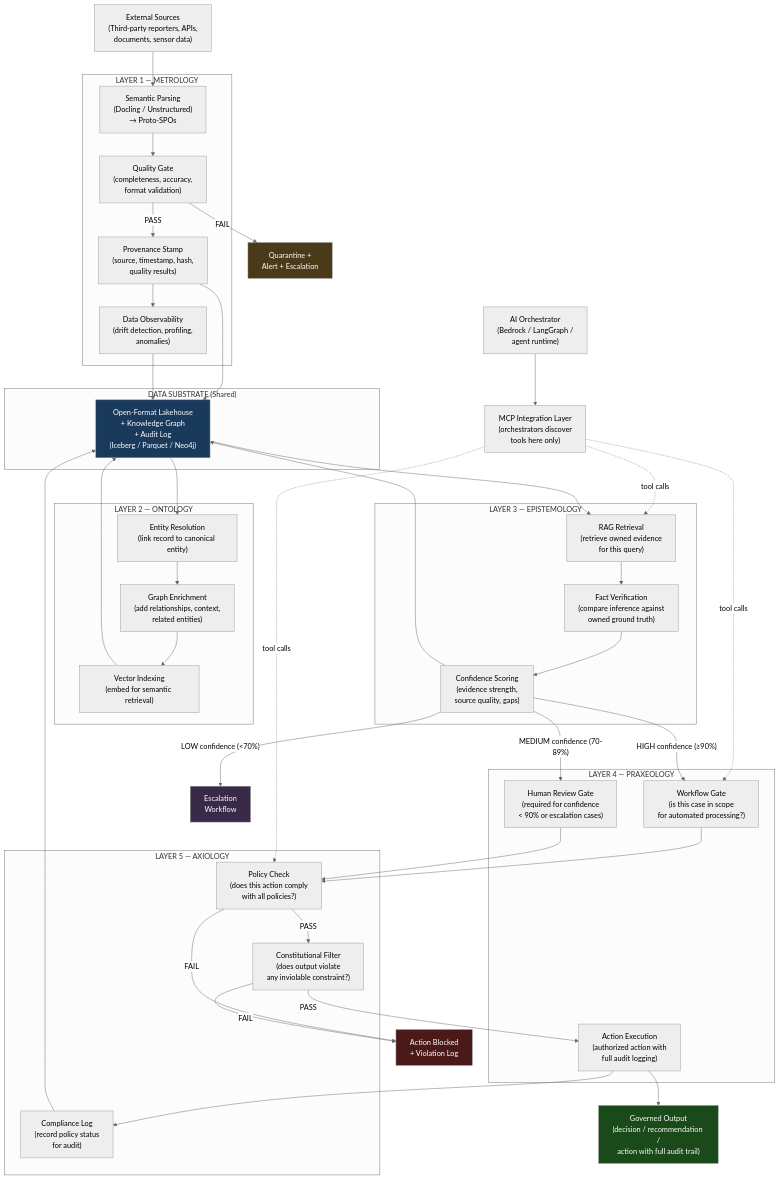
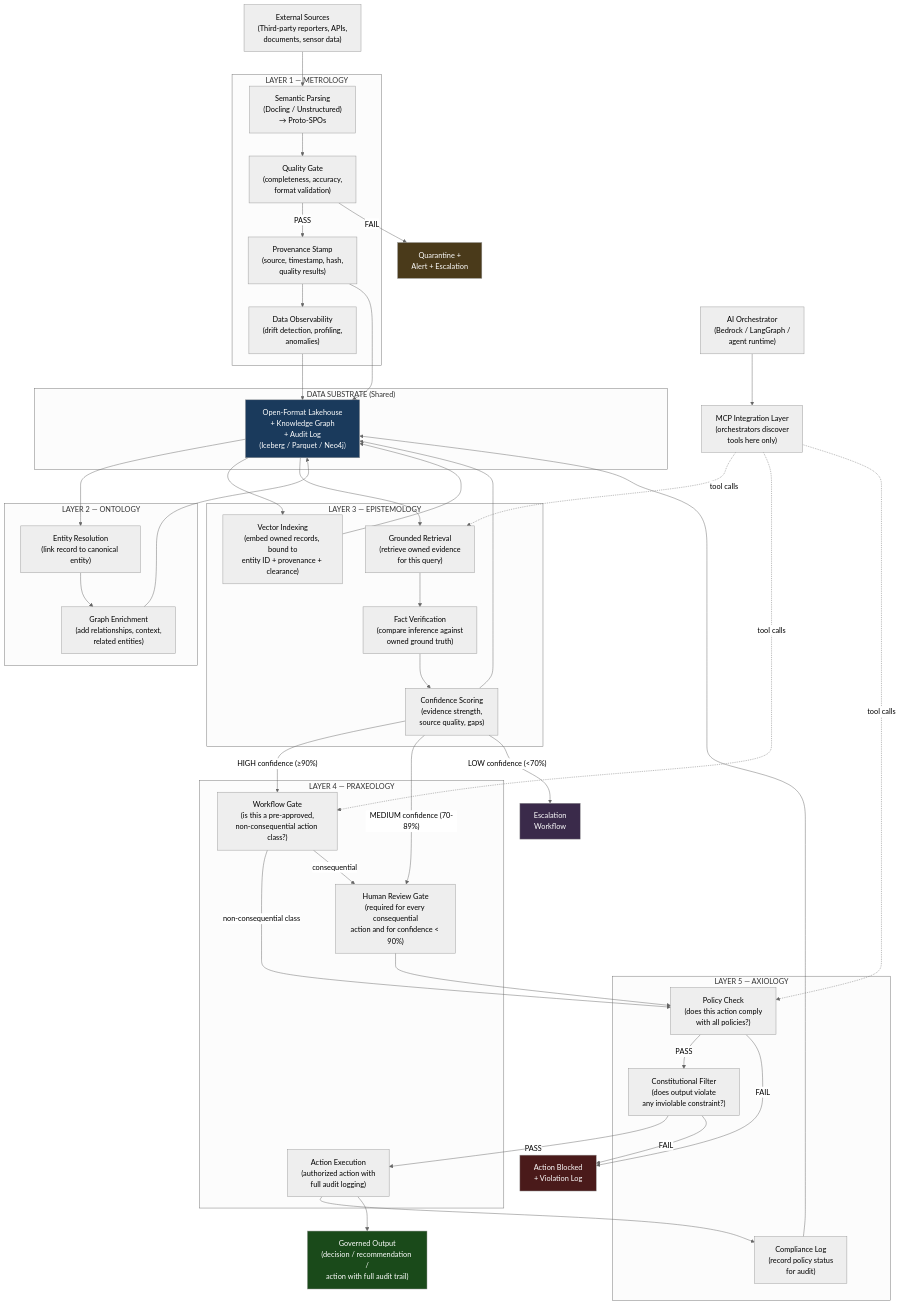
One commit to PhilipAsiala/moepa-cognitive-architecture changed the diagram in diagrams/information-flow.md. Above: the diagram before and after it, drawn with Mermaid (neutral theme). The commit also changed other lines of this file and 15 other files, not shown here.

```diff
--- a/diagrams/information-flow.md
+++ b/diagrams/information-flow.md
@@ -26,18 +26,18 @@
     subgraph O["LAYER 2 — ONTOLOGY"]
         O1["Entity Resolution\n(link record to canonical entity)"]
         O2["Graph Enrichment\n(add relationships, context,\nrelated entities)"]
-        O3["Vector Indexing\n(embed for semantic retrieval)"]
     end
 
     subgraph E["LAYER 3 — EPISTEMOLOGY"]
-        E1["RAG Retrieval\n(retrieve owned evidence\nfor this query)"]
+        E0["Vector Indexing\n(embed owned records, bound to\nentity ID + provenance + clearance)"]
+        E1["Grounded Retrieval\n(retrieve owned evidence\nfor this query)"]
         E2["Fact Verification\n(compare inference against\nowned ground truth)"]
         E3["Confidence Scoring\n(evidence strength,\nsource quality, gaps)"]
     end
 
     subgraph P["LAYER 4 — PRAXEOLOGY"]
-        P1["Workflow Gate\n(is this case in scope\nfor automated processing?)"]
-        P2["Human Review Gate\n(required for confidence\n< 90% or escalation cases)"]
+        P1["Workflow Gate\n(is this a pre-approved,\nnon-consequential action class?)"]
+        P2["Human Review Gate\n(required for every consequential\naction and for confidence < 90%)"]
         P3["Action Execution\n(authorized action with\nfull audit logging)"]
     end
 
@@ -66,9 +66,10 @@
 
     DS --> O1
     O1 --> O2
-    O2 --> O3
-    O3 --> DS
+    O2 --> DS
 
+    DS --> E0
+    E0 --> DS
     DS --> E1
     E1 --> E2
     E2 --> E3
@@ -78,7 +79,8 @@
     E3 -->|"MEDIUM confidence (70-89%)"| P2
     E3 -->|"LOW confidence (<70%)"| ESCALATE["Escalation\nWorkflow"]
 
-    P1 --> A1
+    P1 -->|"non-consequential class"| A1
+    P1 -->|"consequential"| P2
     P2 --> A1
     A1 -->|"PASS"| A2
     A1 -->|"FAIL"| BLOCKED["Action Blocked\n+ Violation Log"]
```
